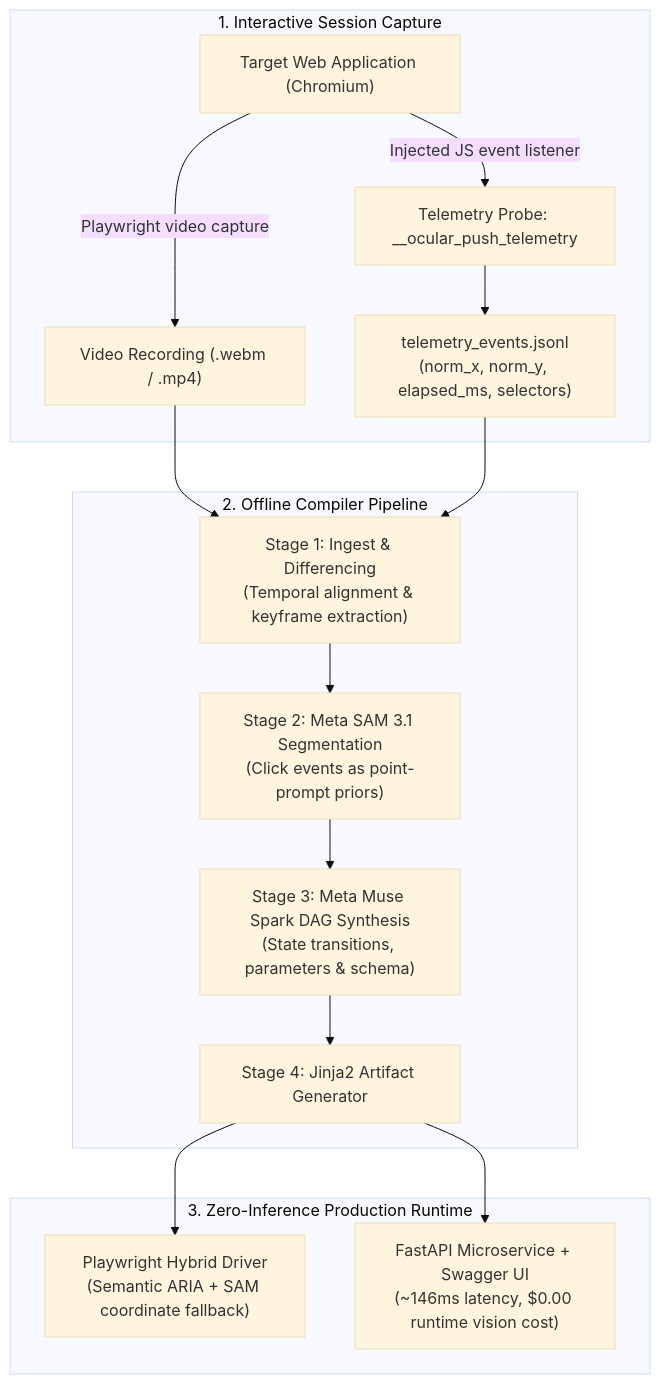
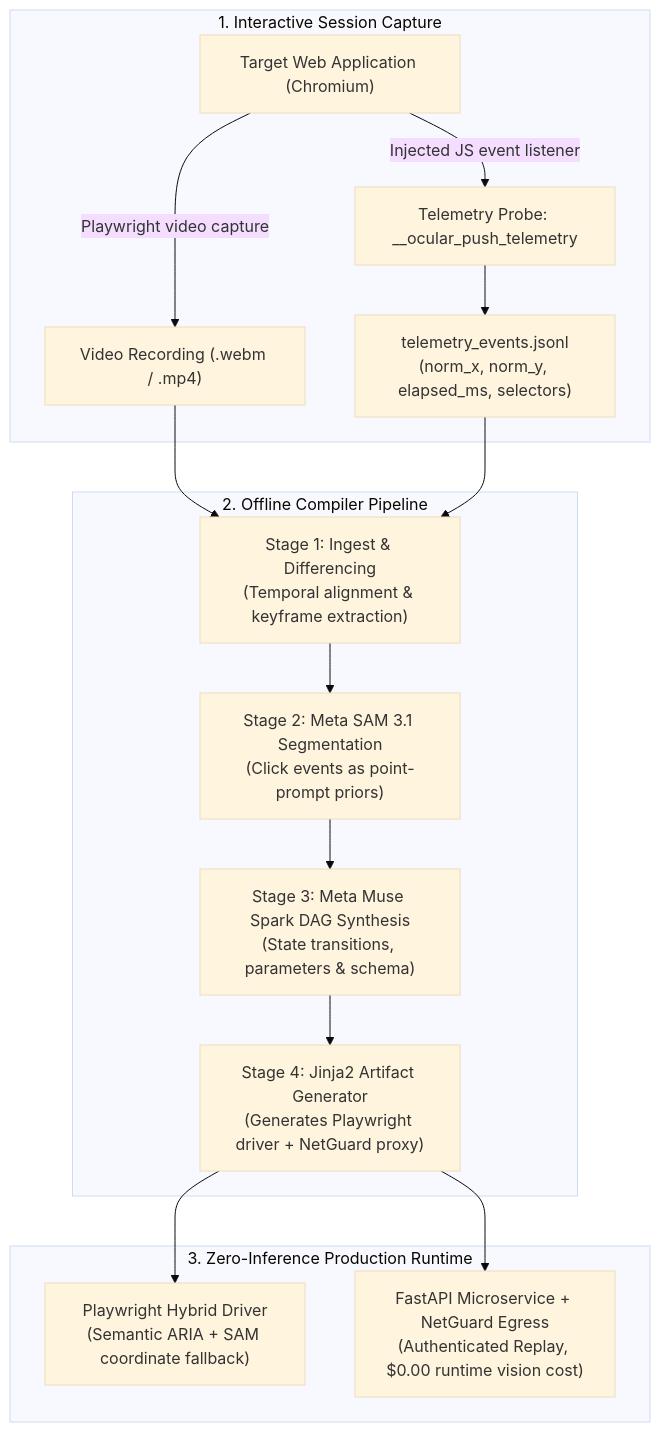
One commit to japanchicken898-droid/Ocular changed the diagram in README.md. Above: the diagram before and after it, drawn with Mermaid (base theme). The commit also changed other lines of this file, not shown here.

````diff
--- a/README.md
+++ b/README.md
@@ -52,21 +55,21 @@
 ```mermaid
 flowchart TD
     subgraph Capture["1. Interactive Session Capture"]
         Browser["Target Web Application (Chromium)"]
         Browser -->|Playwright video capture| Video["Video Recording (.webm / .mp4)"]
         Browser -->|Injected JS event listener| Probe["Telemetry Probe: __ocular_push_telemetry"]
         Probe --> TelemFile["telemetry_events.jsonl\n(norm_x, norm_y, elapsed_ms, selectors)"]
     end
 
     subgraph Compiler["2. Offline Compiler Pipeline"]
         Video & TelemFile --> Stage1["Stage 1: Ingest & Differencing\n(Temporal alignment & keyframe extraction)"]
         Stage1 --> Stage2["Stage 2: Meta SAM 3.1 Segmentation\n(Click events as point-prompt priors)"]
         Stage2 --> Stage3["Stage 3: Meta Muse Spark DAG Synthesis\n(State transitions, parameters & schema)"]
-        Stage3 --> Stage4["Stage 4: Jinja2 Artifact Generator"]
+        Stage3 --> Stage4["Stage 4: Jinja2 Artifact Generator\n(Generates Playwright driver + NetGuard proxy)"]
     end
 
     subgraph Emitted["3. Zero-Inference Production Runtime"]
         Stage4 --> Driver["Playwright Hybrid Driver\n(Semantic ARIA + SAM coordinate fallback)"]
-        Stage4 --> API["FastAPI Microservice + Swagger UI\n(~146ms latency, $0.00 runtime vision cost)"]
+        Stage4 --> API["FastAPI Microservice + NetGuard Egress\n(Authenticated Replay, $0.00 runtime vision cost)"]
     end
 ```
````
